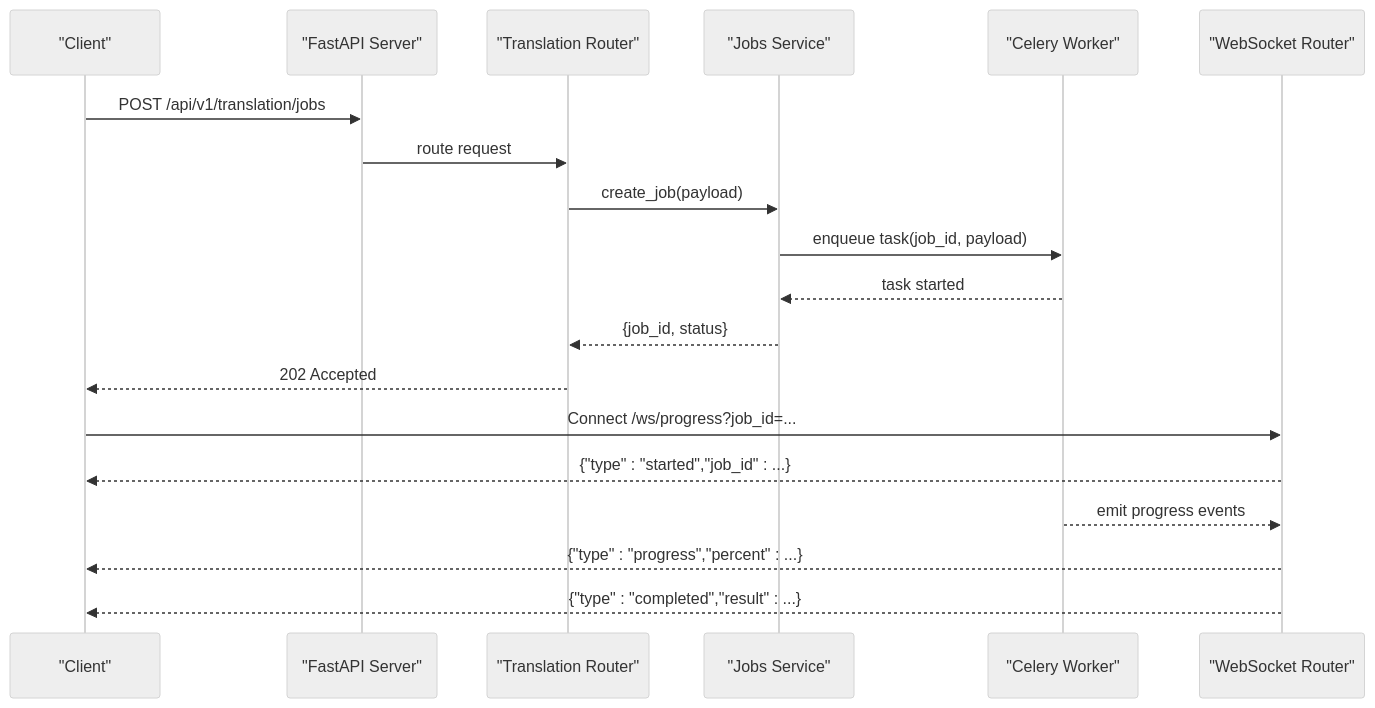
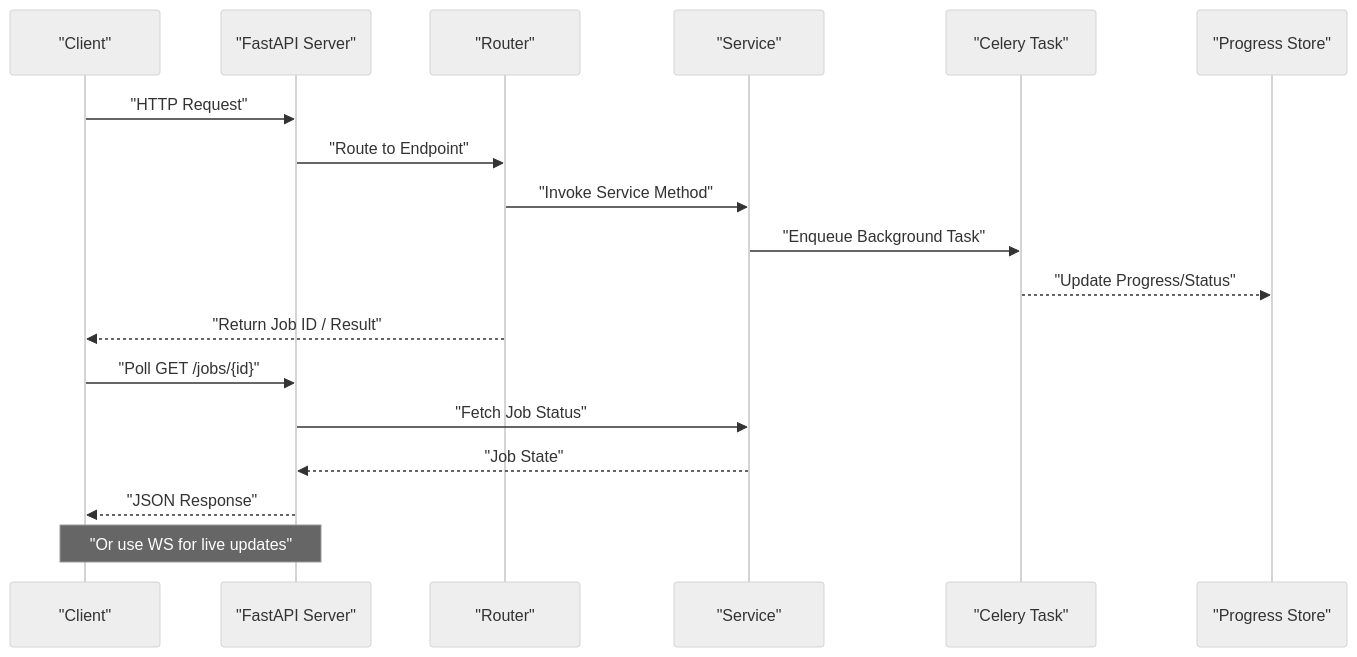
The second of 5 diagrams in .qoder/repowiki/en/content/API Reference/API Reference.md (Sifr-r/LocalDeepL), drawn with Mermaid (neutral theme) before and after one commit. The commit also changed other lines of this file and 246 other files, not shown here.

````diff
--- a/.qoder/repowiki/en/content/API Reference/API Reference.md
+++ b/.qoder/repowiki/en/content/API Reference/API Reference.md
@@ -135,21 +128,20 @@
 ```mermaid
 sequenceDiagram
-participant Client as "Client"
-participant API as "FastAPI Server"
-participant Router as "Translation Router"
-participant Service as "Jobs Service"
-participant Celery as "Celery Worker"
-participant WS as "WebSocket Router"
-Client->>API : POST /api/v1/translation/jobs
-API->>Router : route request
-Router->>Service : create_job(payload)
-Service->>Celery : enqueue task(job_id, payload)
-Celery-->>Service : task started
-Service-->>Router : {job_id, status}
-Router-->>Client : 202 Accepted
-Client->>WS : Connect /ws/progress?job_id=...
-WS-->>Client : {"type" : "started","job_id" : ...}
-Celery-->>WS : emit progress events
-WS-->>Client : {"type" : "progress","percent" : ...}
-WS-->>Client : {"type" : "completed","result" : ...}
+participant C as "Client"
+participant F as "FastAPI Server"
+participant R as "Router"
+participant S as "Service"
+participant T as "Celery Task"
+participant P as "Progress Store"
+C->>F : "HTTP Request"
+F->>R : "Route to Endpoint"
+R->>S : "Invoke Service Method"
+S->>T : "Enqueue Background Task"
+T-->>P : "Update Progress/Status"
+R-->>C : "Return Job ID / Result"
+C->>F : "Poll GET /jobs/{id}"
+F->>S : "Fetch Job Status"
+S-->>F : "Job State"
+F-->>C : "JSON Response"
+Note over C,F : "Or use WS for live updates"
 ```
````
